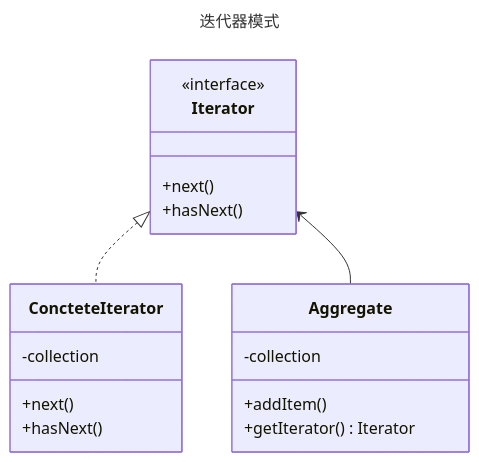
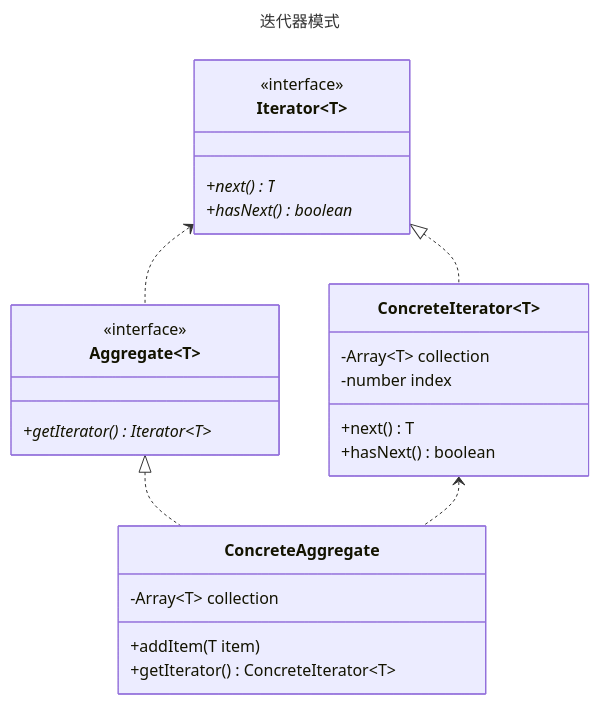
One commit to fengyun89/typescript-design-patterns changed the diagram in iterator/README.md. Above: the diagram before and after it, drawn with Mermaid. The commit also changed 17 other files, not shown here.

````diff
--- a/iterator/README.md
+++ b/iterator/README.md
@@ -1,23 +1,30 @@
 ```mermaid
 ---
 title: 迭代器模式
 ---
 classDiagram
-    class Iterator {
+    class Iterator~T~ {
         <<interface>>
-        +next()
-        +hasNext()
+        +next()* T
+        +hasNext()* boolean
     }
-    class ConcteteIterator {
-        -collection
-        +next()
-        +hasNext()
+    class ConcreteIterator~T~ {
+        -Array~T~ collection
+        -number index
+        +next() T
+        +hasNext() boolean
     }
-    class Aggregate {
-        -collection
-        +addItem()
-        +getIterator() Iterator
+    class Aggregate~T~ {
+        <<interface>>
+        +getIterator()* Iterator~T~
     }
-    Iterator <|.. ConcteteIterator 
-    Iterator <-- Aggregate 
+    class ConcreteAggregate {
+        -Array~T~ collection
+        +addItem(T item)
+        +getIterator() ConcreteIterator~T~
+    }
+    Iterator <|.. ConcreteIterator
+    Aggregate <|.. ConcreteAggregate
+    Iterator <.. Aggregate
+    ConcreteIterator <.. ConcreteAggregate
 ```
````
